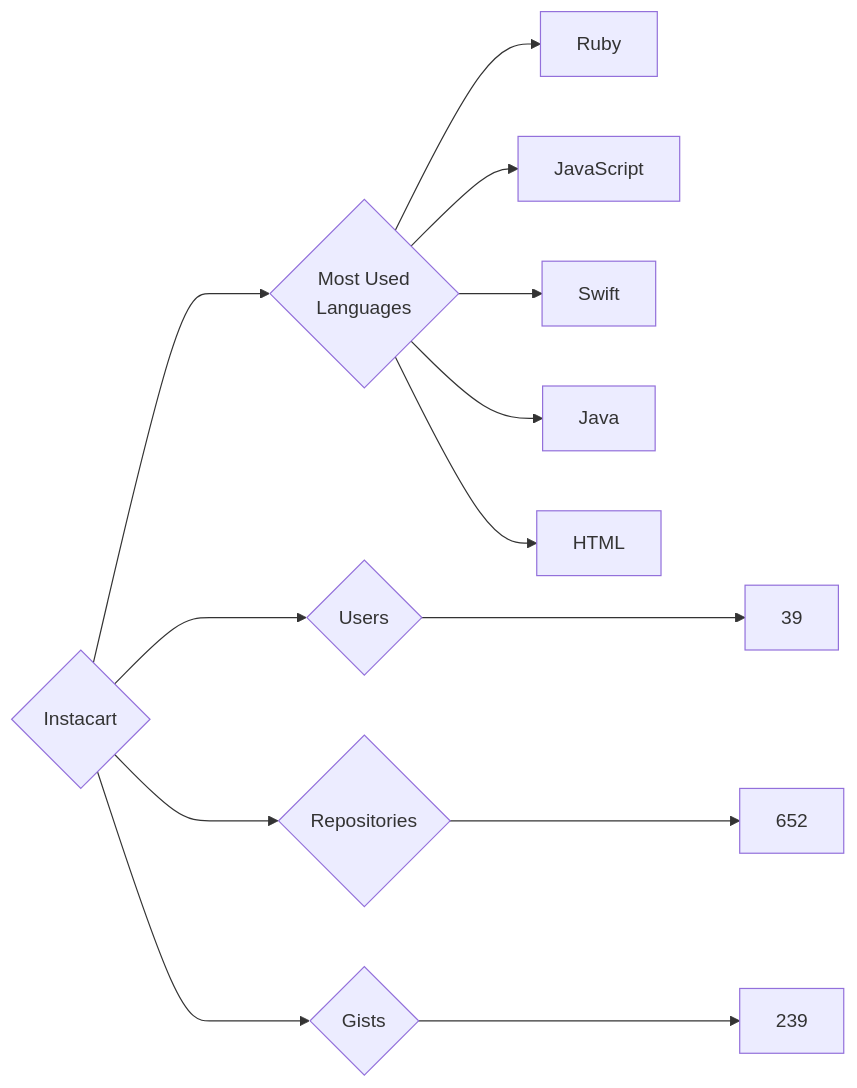
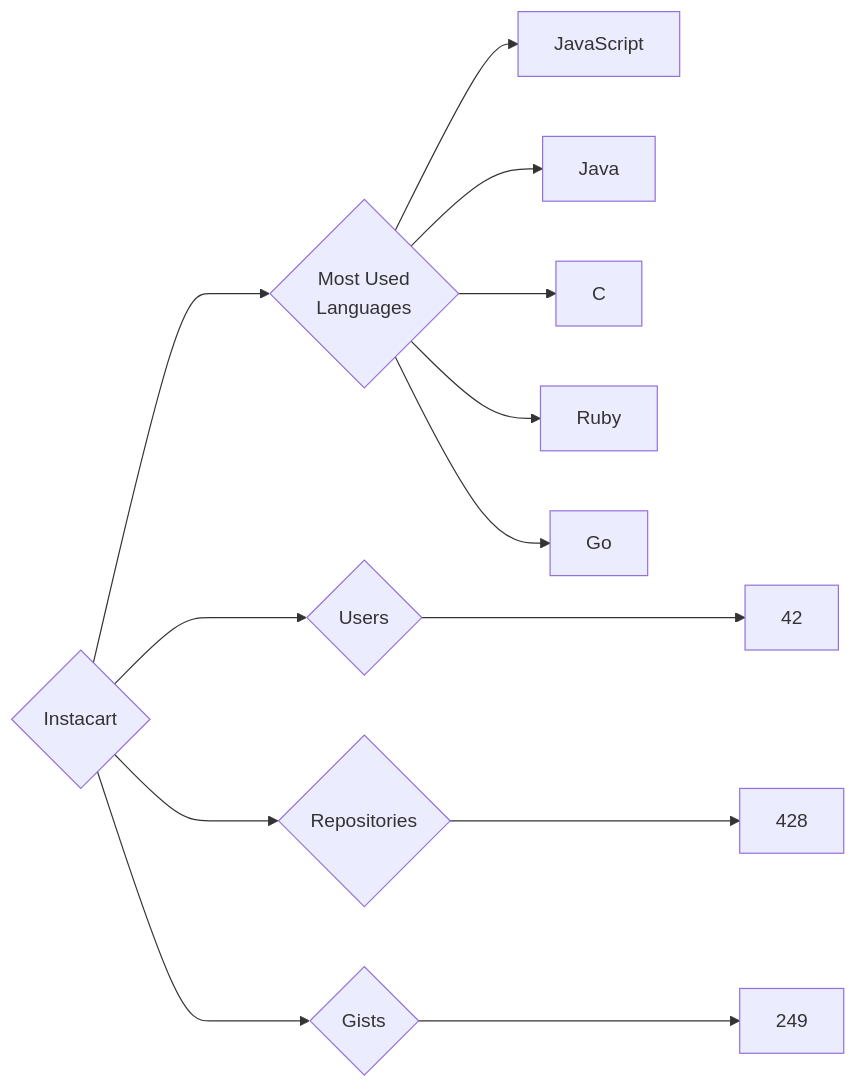
Before and after one commit to trickest/insiders: the diagram in targets/Instacart/README.md, drawn with Mermaid. The commit also changed 888 other files, not shown here.

````diff
--- a/targets/Instacart/README.md
+++ b/targets/Instacart/README.md
@@ -3,13 +3,13 @@
 ```mermaid
 graph LR
 COMPANY_NAME{Instacart}
-COMPANY_NAME ---> U{Users} ---> UN[39]
-COMPANY_NAME ---> R{Repositories} ---> RN[652]
-COMPANY_NAME ---> G{Gists} ---> GN[239]
+COMPANY_NAME ---> U{Users} ---> UN[42]
+COMPANY_NAME ---> R{Repositories} ---> RN[428]
+COMPANY_NAME ---> G{Gists} ---> GN[249]
 COMPANY_NAME ---> ML{Most Used<br>Languages}
+ML --> JavaScript[JavaScript]
+ML --> Java[Java]
+ML --> C[C]
 ML --> Ruby[Ruby]
-ML --> JavaScript[JavaScript]
-ML --> Swift[Swift]
-ML --> Java[Java]
-ML --> HTML[HTML]
+ML --> Go[Go]
 ```
````
